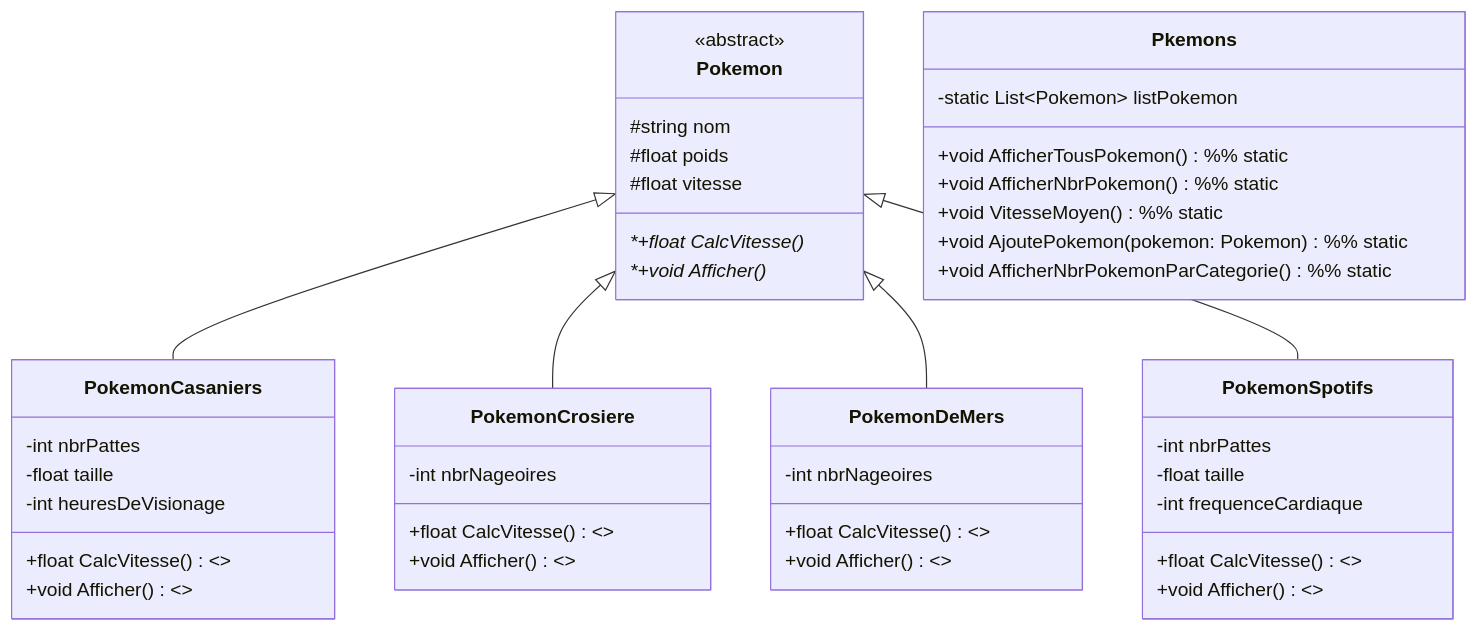
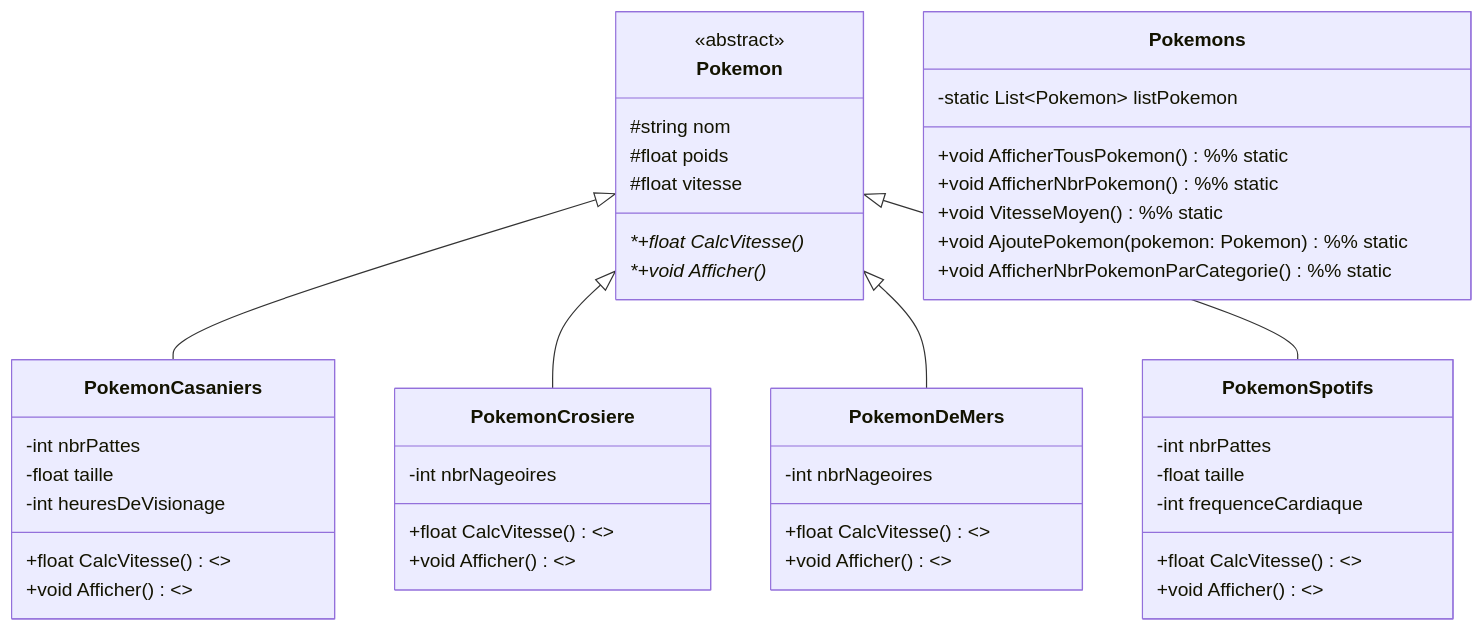
The diagram in uml-ex02.md (Lil-Code30/OOP_TP2), drawn with Mermaid before and after one commit.

Commit message:
Correction et ajout de méthodes dans la classe Pokemons
- Correction du nom de la classe `Pkemons` en `Pokemons`.
- Ajout des méthodes `CalcVitesse()` et `Afficher()`.
- Suppression du membre `listPokemon`.
- Ajout des méthodes statiques :
  - `AfficherTousPokemon()`
  - `AfficherNbrPokemon()`
  - `VitesseMoyen()`.

````diff
--- a/uml-ex02.md
+++ b/uml-ex02.md
@@ -3,61 +3,61 @@
 ```mermaid
 	classDiagram
 		class Pokemon{
 			<<abstract>>
 			#string nom
 			#float poids
 			#float vitesse
 			
 
 			*+float CalcVitesse()*
 			*+void Afficher()*
 		}
 
-		class Pkemons{
+		class Pokemons{
 			-static List~Pokemon~ listPokemon
 
 			+void AfficherTousPokemon() %% static
 			+void AfficherNbrPokemon() %% static
 			+void VitesseMoyen() %% static
 			+void AjoutePokemon(pokemon: Pokemon) %% static
 			+void AfficherNbrPokemonParCategorie() %% static
 		}
 		
 		class PokemonCasaniers{
 			-int nbrPattes
 			-float taille
 			-int heuresDeVisionage
 
 			+float CalcVitesse() <<override>>
 			+void Afficher() <<override>>
 		}
 
 		class PokemonCrosiere{
 			-int nbrNageoires
 
 			+float CalcVitesse() <<override>>
 			+void Afficher() <<override>>
 		}
 
 		class PokemonDeMers{
 			-int nbrNageoires
 
 			+float CalcVitesse() <<override>>
 			+void Afficher() <<override>>
 		}
 
 		class PokemonSpotifs{
 			-int nbrPattes
 			-float taille
 			-int frequenceCardiaque
 
 			+float CalcVitesse() <<override>>
 			+void Afficher() <<override>>
 		}
 
 
 		Pokemon <|-- PokemonCasaniers
 		Pokemon <|-- PokemonCrosiere
 		Pokemon <|-- PokemonDeMers
 		Pokemon <|-- PokemonSpotifs
 ```
````
